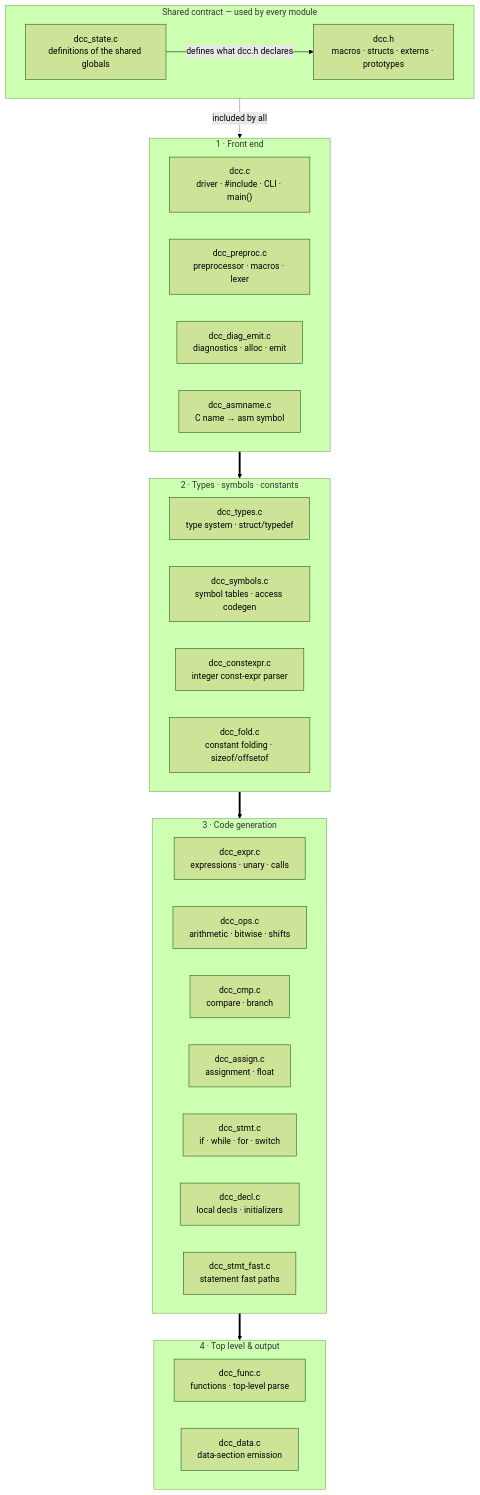
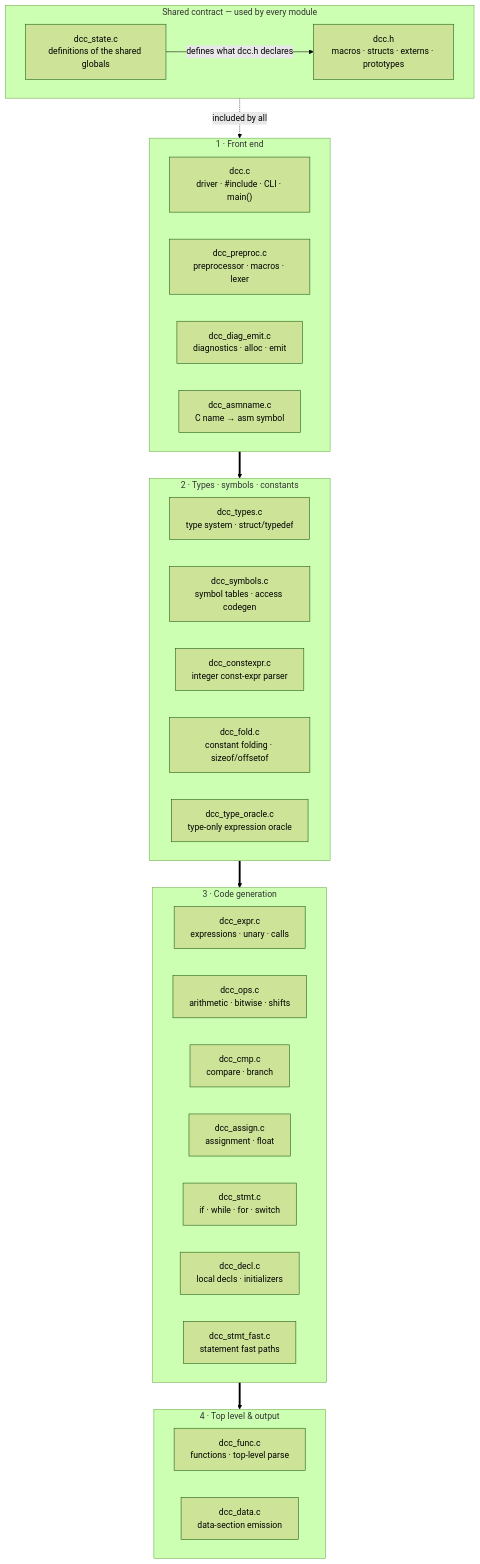
Before and after one commit to gloveboxes/dcc: the first of 2 diagrams in src/dcc/README.md, drawn with Mermaid (forest theme). The commit also changed other lines of this file and 5 other files, not shown here.

First line of the commit message:
Refactor: extract type oracle into dedicated module and update architecture docs

````diff
--- a/src/dcc/README.md
+++ b/src/dcc/README.md
@@ -120,40 +120,41 @@
 ```mermaid
 graph TB
     subgraph SHARED["Shared contract — used by every module"]
         H["dcc.h<br/>macros · structs · externs · prototypes"]
         STATE["dcc_state.c<br/>definitions of the shared globals"]
         STATE -->|defines what dcc.h declares| H
     end
 
     subgraph FE["1 · Front end"]
         DRV["dcc.c<br/>driver · #include · CLI · main()"]
         PP["dcc_preproc.c<br/>preprocessor · macros · lexer"]
         DIAG["dcc_diag_emit.c<br/>diagnostics · alloc · emit"]
         ASM["dcc_asmname.c<br/>C name → asm symbol"]
     end
 
     subgraph TYP["2 · Types · symbols · constants"]
         TYPES["dcc_types.c<br/>type system · struct/typedef"]
         SYM["dcc_symbols.c<br/>symbol tables · access codegen"]
         CONST["dcc_constexpr.c<br/>integer const-expr parser"]
         FOLD["dcc_fold.c<br/>constant folding · sizeof/offsetof"]
+      ORACLE["dcc_type_oracle.c<br/>type-only expression oracle"]
     end
 
     subgraph CG["3 · Code generation"]
         EXPR["dcc_expr.c<br/>expressions · unary · calls"]
         OPS["dcc_ops.c<br/>arithmetic · bitwise · shifts"]
         CMP["dcc_cmp.c<br/>compare · branch"]
         ASSIGN["dcc_assign.c<br/>assignment · float"]
         STMT["dcc_stmt.c<br/>if · while · for · switch"]
         DECL["dcc_decl.c<br/>local decls · initializers"]
         SFAST["dcc_stmt_fast.c<br/>statement fast paths"]
     end
 
     subgraph TOP["4 · Top level & output"]
         FUNC["dcc_func.c<br/>functions · top-level parse"]
         DATA["dcc_data.c<br/>data-section emission"]
     end
 
     SHARED -. included by all .-> FE
     FE ==> TYP ==> CG ==> TOP
 ```
````
